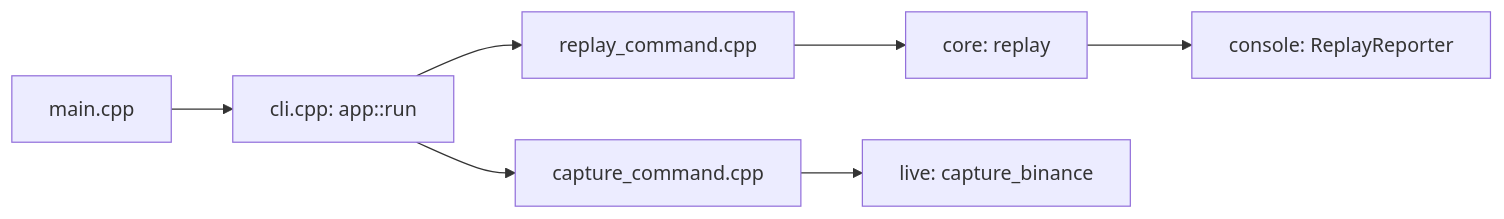
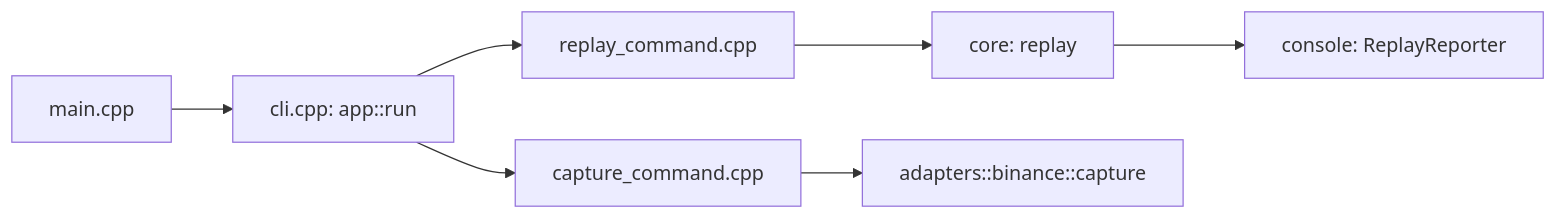
The second of 3 diagrams in docs/code-map.md (Prorok1015/tickforge), drawn with Mermaid before and after one commit. The commit also changed other lines of this file and 17 other files, not shown here.

Commit message:
refactor: isolate Binance market data adapter

````diff
--- a/docs/code-map.md
+++ b/docs/code-map.md
@@ -109,9 +120,9 @@
 ```mermaid
 flowchart LR
     Main["main.cpp"] --> CLI["cli.cpp: app::run"]
     CLI --> Replay["replay_command.cpp"]
     CLI --> Capture["capture_command.cpp"]
     Replay --> Reader["core: replay"]
     Reader --> Reporter["console: ReplayReporter"]
-    Capture --> Adapter["live: capture_binance"]
+    Capture --> Adapter["adapters::binance::capture"]
 ```
````
